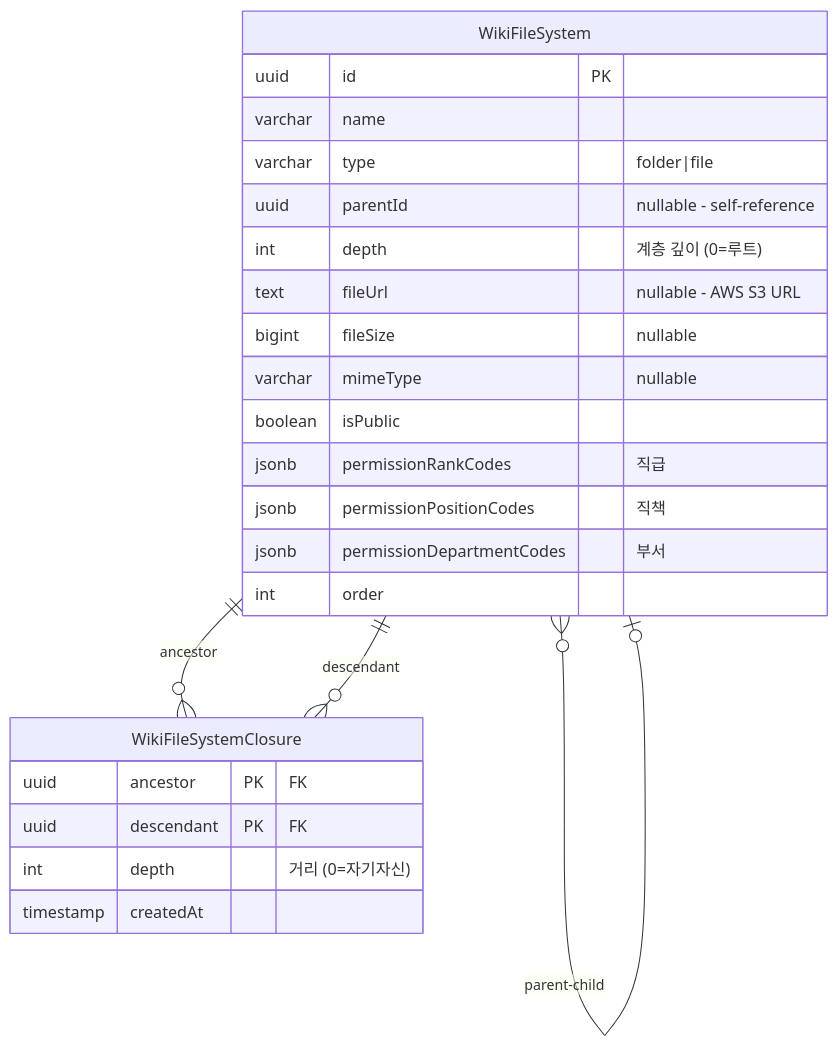
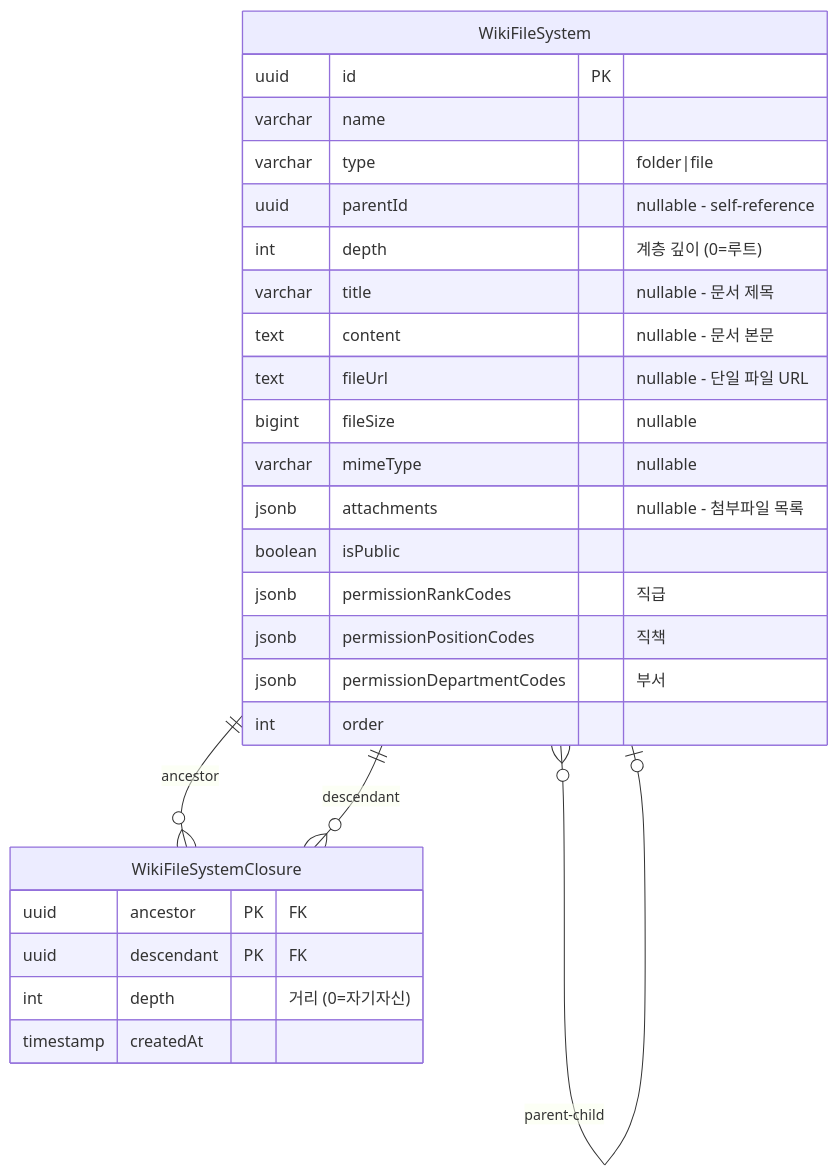
Diagram 15 of 15 in docs/erd/er-diagram-entities.md (wukdddang/lumir-cms-backend), drawn with Mermaid before and after one commit. The commit also changed other lines of this file and 2 other files, not shown here.

````diff
--- a/docs/erd/er-diagram-entities.md
+++ b/docs/erd/er-diagram-entities.md
@@ -772,29 +772,32 @@
 ```mermaid
 erDiagram
     WikiFileSystem {
         uuid id PK
         varchar name
         varchar type "folder|file"
         uuid parentId "nullable - self-reference"
         int depth "계층 깊이 (0=루트)"
-        text fileUrl "nullable - AWS S3 URL"
+        varchar title "nullable - 문서 제목"
+        text content "nullable - 문서 본문"
+        text fileUrl "nullable - 단일 파일 URL"
         bigint fileSize "nullable"
         varchar mimeType "nullable"
+        jsonb attachments "nullable - 첨부파일 목록"
         boolean isPublic
         jsonb permissionRankCodes "직급"
         jsonb permissionPositionCodes "직책"
         jsonb permissionDepartmentCodes "부서"
         int order
     }
     
     WikiFileSystemClosure {
         uuid ancestor PK "FK"
         uuid descendant PK "FK"
         int depth "거리 (0=자기자신)"
         timestamp createdAt
     }
     
     WikiFileSystem }o--o| WikiFileSystem : "parent-child"
     WikiFileSystem ||--o{ WikiFileSystemClosure : "ancestor"
     WikiFileSystem ||--o{ WikiFileSystemClosure : "descendant"
 ```
````
